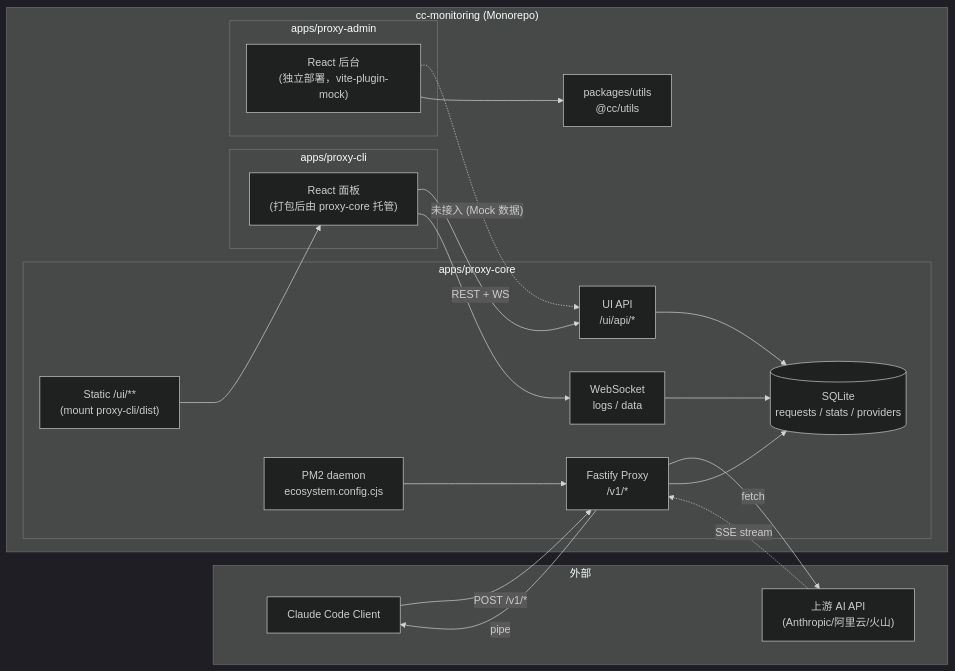
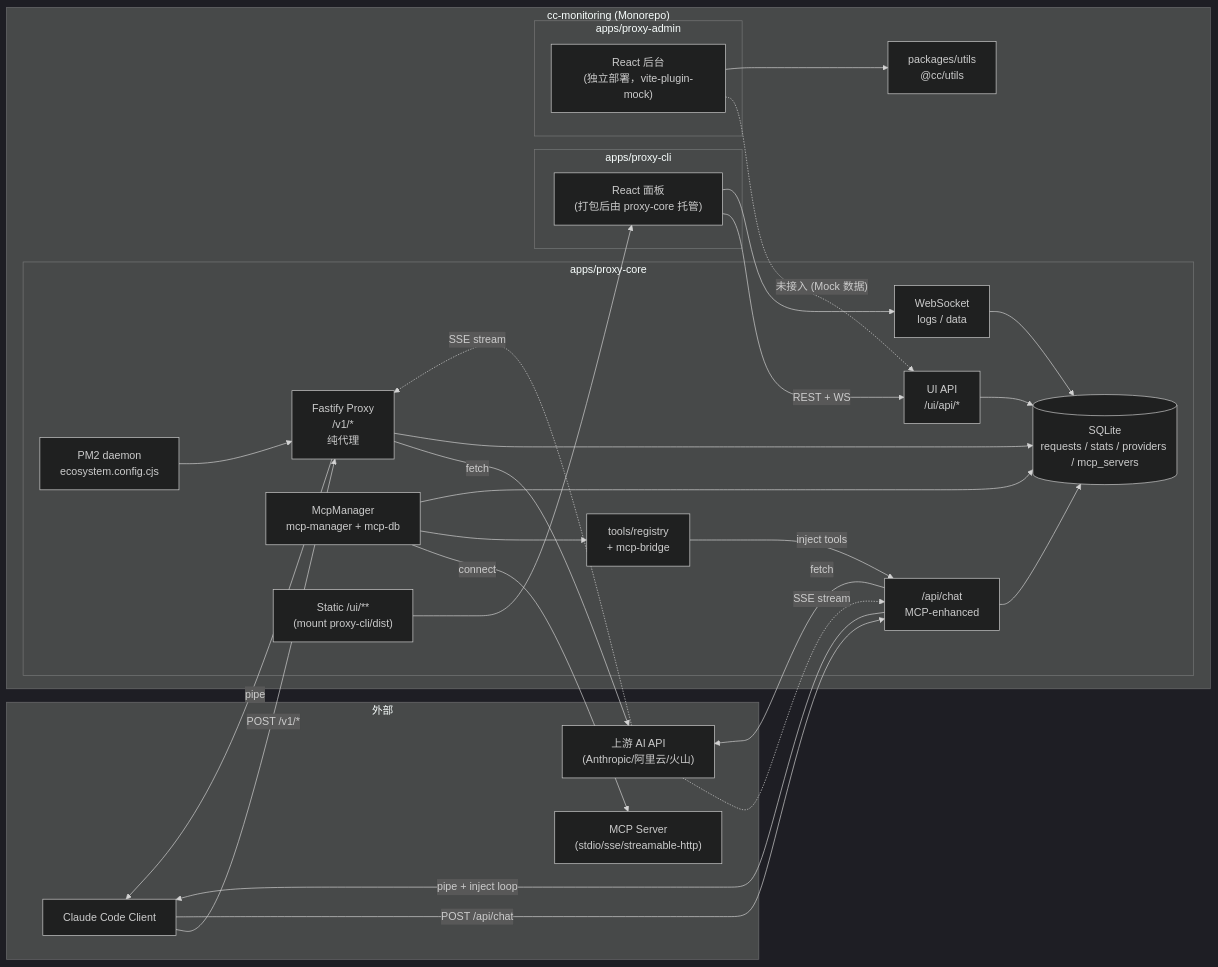
The diagram in docs/architecture/00-overview.md (cashely/cc-monitoring), drawn with Mermaid (dark theme) before and after one commit. The commit also changed other lines of this file and 13 other files, not shown here.

Commit message:
feat: SSE stream processor, chat API docs, architecture updates

````diff
--- a/docs/architecture/00-overview.md
+++ b/docs/architecture/00-overview.md
@@ -58,43 +58,56 @@
 ```mermaid
 graph LR
   subgraph external["外部"]
     CC["Claude Code Client"]
     UP["上游 AI API<br/>(Anthropic/阿里云/火山)"]
+    MCPS["MCP Server<br/>(stdio/sse/streamable-http)"]
   end
 
   subgraph mono["cc-monitoring (Monorepo)"]
     subgraph core["apps/proxy-core"]
-      PROXY["Fastify Proxy<br/>/v1/*"]
+      PROXY["Fastify Proxy<br/>/v1/*<br/>纯代理"]
+      CHAT["/api/chat<br/>MCP-enhanced"]
+      MCP["McpManager<br/>mcp-manager + mcp-db"]
+      TOOLS["tools/registry<br/>+ mcp-bridge"]
       UI_API["UI API<br/>/ui/api/*"]
       WS["WebSocket<br/>logs / data"]
       STATIC["Static /ui/**<br/>(mount proxy-cli/dist)"]
-      DB[("SQLite<br/>requests / stats / providers")]
+      DB[("SQLite<br/>requests / stats / providers / mcp_servers")]
       PM2["PM2 daemon<br/>ecosystem.config.cjs"]
     end
 
     subgraph cli["apps/proxy-cli"]
       CLI_UI["React 面板<br/>(打包后由 proxy-core 托管)"]
     end
 
     subgraph admin["apps/proxy-admin"]
       ADMIN_UI["React 后台<br/>(独立部署，vite-plugin-mock)"]
     end
 
     UTILS["packages/utils<br/>@cc/utils"]
   end
 
   CC -->|"POST /v1/*"| PROXY
+  CC -->|"POST /api/chat"| CHAT
   PROXY -->|"fetch"| UP
+  CHAT -->|"fetch"| UP
   UP -.->|"SSE stream"| PROXY
+  UP -.->|"SSE stream"| CHAT
   PROXY -->|"pipe"| CC
+  CHAT -->|"pipe + inject loop"| CC
+  MCP -->|"connect"| MCPS
+  MCP --> TOOLS
+  TOOLS -->|"inject tools"| CHAT
   PROXY --> DB
+  CHAT --> DB
   UI_API --> DB
+  MCP --> DB
   WS --> DB
   CLI_UI -->|"REST + WS"| UI_API
   CLI_UI --> WS
   STATIC --> CLI_UI
 
   ADMIN_UI -.->|"未接入 (Mock 数据)"| UI_API
   ADMIN_UI --> UTILS
   PM2 --> PROXY
 ```
````
